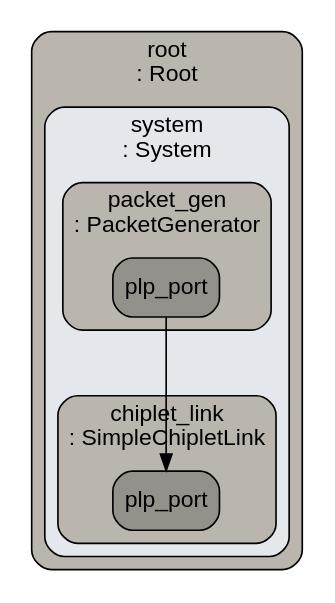
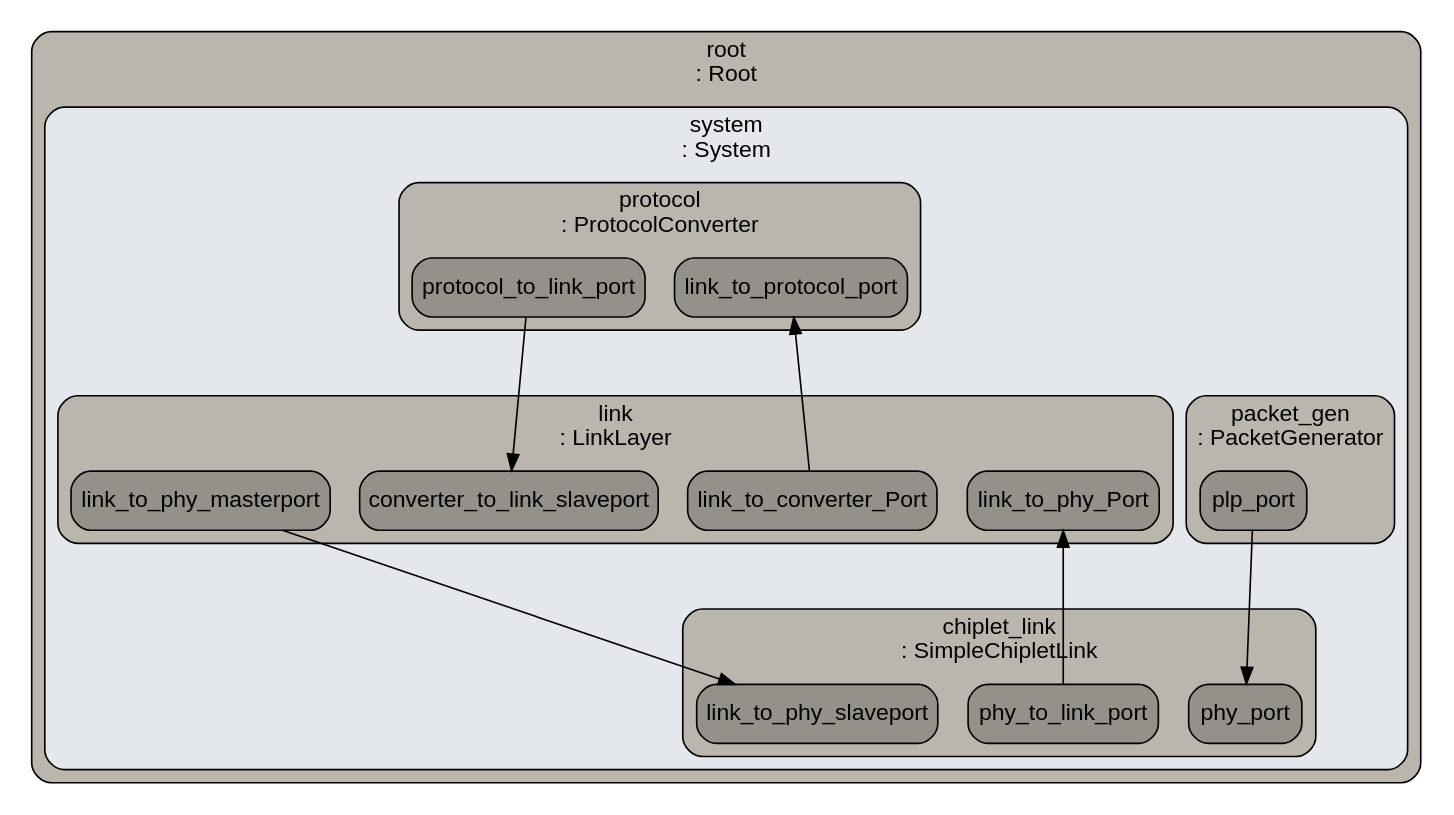
The diagram in gem5/m5out/config.dot (shulva/projects), drawn with Graphviz before and after one commit. The commit also changed 42 other files, not shown here.

```diff
--- a/gem5/m5out/config.dot
+++ b/gem5/m5out/config.dot
@@ -1,102 +1,138 @@
 digraph G {
 ranksep="1.3";
 subgraph cluster_root {
 color="#000000";
 fillcolor="#bab6ae";
 fontcolor="#000000";
 fontname=Arial;
 fontsize=14;
 label="root \n: Root";
 shape=box;
 style="rounded, filled";
 tooltip="eventq_index&#61;0&#10;\full_system&#61;false&#10;\sim_quantum&#61;0&#10;\time_sync_enable&#61;false&#10;\time_sync_period&#61;100000000000&#10;\time_sync_spin_threshold&#61;100000000";
 subgraph cluster_system {
 color="#000000";
 fillcolor="#e4e7eb";
 fontcolor="#000000";
 fontname=Arial;
 fontsize=14;
 label="system \n: System";
 shape=box;
 style="rounded, filled";
 tooltip="auto_unlink_shared_backstore&#61;false&#10;\cache_line_size&#61;64&#10;\eventq_index&#61;0&#10;\exit_on_work_items&#61;false&#10;\init_param&#61;0&#10;\m5ops_base&#61;0&#10;\mem_mode&#61;atomic&#10;\mem_ranges&#61;&#10;\memories&#61;&#10;\mmap_using_noreserve&#61;false&#10;\multi_thread&#61;false&#10;\num_work_ids&#61;16&#10;\readfile&#61;&#10;\redirect_paths&#61;&#10;\shadow_rom_ranges&#61;&#10;\shared_backstore&#61;&#10;\symbolfile&#61;&#10;\thermal_components&#61;&#10;\thermal_model&#61;Null&#10;\work_begin_ckpt_count&#61;0&#10;\work_begin_cpu_id_exit&#61;-1&#10;\work_begin_exit_count&#61;0&#10;\work_cpus_ckpt_count&#61;0&#10;\work_end_ckpt_count&#61;0&#10;\work_end_exit_count&#61;0&#10;\work_item_id&#61;-1&#10;\workload&#61;system.workload";
 subgraph cluster_system_workload {
 color="#000000";
 fillcolor="#bab6ae";
 fontcolor="#000000";
 fontname=Arial;
 fontsize=14;
 label="workload \n: StubWorkload";
 shape=box;
 style="rounded, filled";
 tooltip="byte_order&#61;little&#10;\entry&#61;0&#10;\eventq_index&#61;0&#10;\remote_gdb_port&#61;#7000&#10;\wait_for_remote_gdb&#61;false";
 }
 
 subgraph cluster_system_dvfs_handler {
 color="#000000";
 fillcolor="#bab6ae";
 fontcolor="#000000";
 fontname=Arial;
 fontsize=14;
 label="dvfs_handler \n: DVFSHandler";
 shape=box;
 style="rounded, filled";
 tooltip="domains&#61;&#10;\enable&#61;false&#10;\eventq_index&#61;0&#10;\sys_clk_domain&#61;system.clk_domain&#10;\transition_latency&#61;100000000";
 }
 
 subgraph cluster_system_clk_domain {
 color="#000000";
 fillcolor="#bab6ae";
 fontcolor="#000000";
 fontname=Arial;
 fontsize=14;
 label="clk_domain \n: SrcClockDomain";
 shape=box;
 style="rounded, filled";
 tooltip="clock&#61;1000&#10;\domain_id&#61;-1&#10;\eventq_index&#61;0&#10;\init_perf_level&#61;0&#10;\voltage_domain&#61;system.clk_domain.voltage_domain";
 subgraph cluster_system_clk_domain_voltage_domain {
 color="#000000";
 fillcolor="#9f9c95";
 fontcolor="#000000";
 fontname=Arial;
 fontsize=14;
 label="voltage_domain \n: VoltageDomain";
 shape=box;
 style="rounded, filled";
 tooltip="eventq_index&#61;0&#10;\voltage&#61;1.0";
 }
 
 }
 
 subgraph cluster_system_chiplet_link {
 color="#000000";
 fillcolor="#bab6ae";
 fontcolor="#000000";
 fontname=Arial;
 fontsize=14;
 label="chiplet_link \n: SimpleChipletLink";
 shape=box;
 style="rounded, filled";
 tooltip="bandwidth&#61;16&#10;\baseLatency&#61;1&#10;\bitErrorRate&#61;1e-12&#10;\encodingOverhead&#61;1.0&#10;\eventq_index&#61;0&#10;\linkWidth&#61;16&#10;\protocol&#61;0&#10;\randomSeed&#61;0";
-system_chiplet_link_plp_port [color="#000000", fillcolor="#94918b", fontcolor="#000000", fontname=Arial, fontsize=14, label=plp_port, shape=box, style="rounded, filled"];
+system_chiplet_link_phy_port [color="#000000", fillcolor="#94918b", fontcolor="#000000", fontname=Arial, fontsize=14, label=phy_port, shape=box, style="rounded, filled"];
+system_chiplet_link_phy_to_link_port [color="#000000", fillcolor="#94918b", fontcolor="#000000", fontname=Arial, fontsize=14, label=phy_to_link_port, shape=box, style="rounded, filled"];
+system_chiplet_link_link_to_phy_slaveport [color="#000000", fillcolor="#94918b", fontcolor="#000000", fontname=Arial, fontsize=14, label=link_to_phy_slaveport, shape=box, style="rounded, filled"];
 }
 
 subgraph cluster_system_packet_gen {
 color="#000000";
 fillcolor="#bab6ae";
 fontcolor="#000000";
 fontname=Arial;
 fontsize=14;
 label="packet_gen \n: PacketGenerator";
 shape=box;
 style="rounded, filled";
-tooltip="Protocol&#61;1&#10;\eventq_index&#61;0&#10;\latency&#61;1&#10;\packet_num&#61;10";
+tooltip="Protocol&#61;1&#10;\eventq_index&#61;0&#10;\latency&#61;2&#10;\packet_num&#61;2";
 system_packet_gen_plp_port [color="#000000", fillcolor="#94918b", fontcolor="#000000", fontname=Arial, fontsize=14, label=plp_port, shape=box, style="rounded, filled"];
+}
+
+subgraph cluster_system_link {
+color="#000000";
+fillcolor="#bab6ae";
+fontcolor="#000000";
+fontname=Arial;
+fontsize=14;
+label="link \n: LinkLayer";
+shape=box;
+style="rounded, filled";
+tooltip="eventq_index&#61;0&#10;\to_converter_buffer_size&#61;32&#10;\to_phy_buffer_size&#61;32";
+system_link_link_to_phy_Port [color="#000000", fillcolor="#94918b", fontcolor="#000000", fontname=Arial, fontsize=14, label=link_to_phy_Port, shape=box, style="rounded, filled"];
+system_link_link_to_converter_Port [color="#000000", fillcolor="#94918b", fontcolor="#000000", fontname=Arial, fontsize=14, label=link_to_converter_Port, shape=box, style="rounded, filled"];
+system_link_converter_to_link_slaveport [color="#000000", fillcolor="#94918b", fontcolor="#000000", fontname=Arial, fontsize=14, label=converter_to_link_slaveport, shape=box, style="rounded, filled"];
+system_link_link_to_phy_masterport [color="#000000", fillcolor="#94918b", fontcolor="#000000", fontname=Arial, fontsize=14, label=link_to_phy_masterport, shape=box, style="rounded, filled"];
+}
+
+subgraph cluster_system_protocol {
+color="#000000";
+fillcolor="#bab6ae";
+fontcolor="#000000";
+fontname=Arial;
+fontsize=14;
+label="protocol \n: ProtocolConverter";
+shape=box;
+style="rounded, filled";
+tooltip="eventq_index&#61;0&#10;\sourceProtocolName&#61;PCIe&#10;\targetProtocolName&#61;PCIe";
+system_protocol_protocol_to_link_port [color="#000000", fillcolor="#94918b", fontcolor="#000000", fontname=Arial, fontsize=14, label=protocol_to_link_port, shape=box, style="rounded, filled"];
+system_protocol_link_to_protocol_port [color="#000000", fillcolor="#94918b", fontcolor="#000000", fontname=Arial, fontsize=14, label=link_to_protocol_port, shape=box, style="rounded, filled"];
 }
 
 }
 
 }
 
-system_packet_gen_plp_port -> system_chiplet_link_plp_port  [dir=forward];
+system_packet_gen_plp_port -> system_chiplet_link_phy_port  [dir=forward];
+system_link_link_to_phy_Port -> system_chiplet_link_phy_to_link_port  [dir=back];
+system_link_link_to_phy_masterport -> system_chiplet_link_link_to_phy_slaveport  [dir=forward];
+system_protocol_protocol_to_link_port -> system_link_converter_to_link_slaveport  [dir=forward];
+system_protocol_link_to_protocol_port -> system_link_link_to_converter_Port  [dir=back];
 }
```
